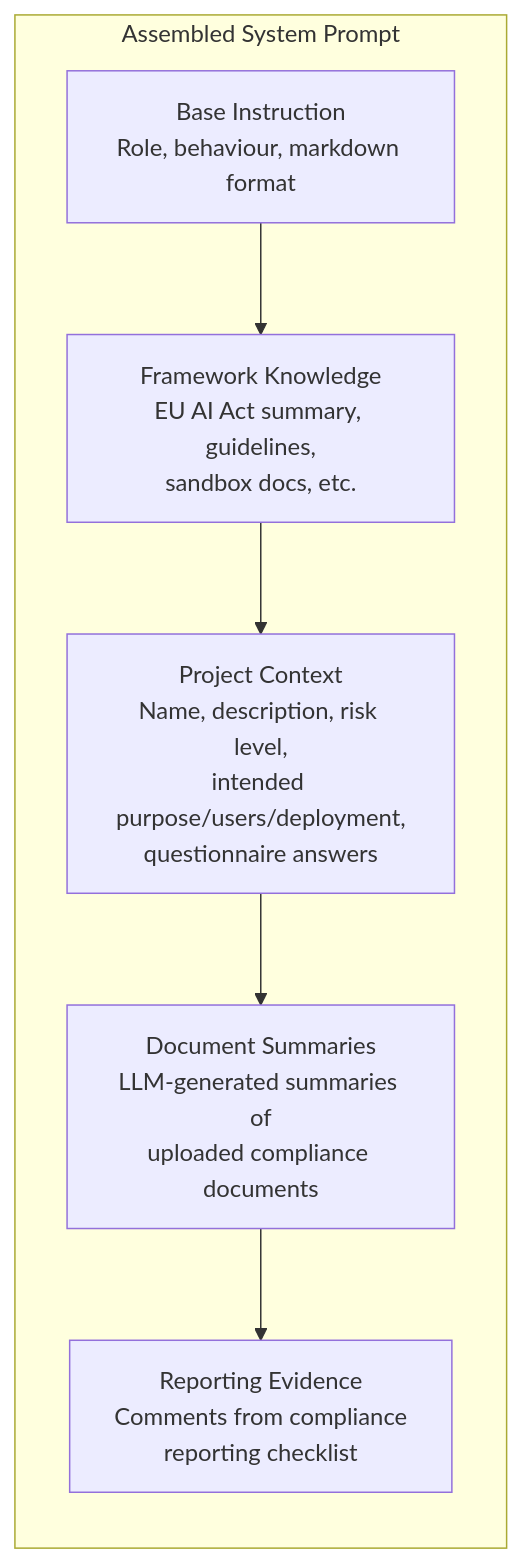
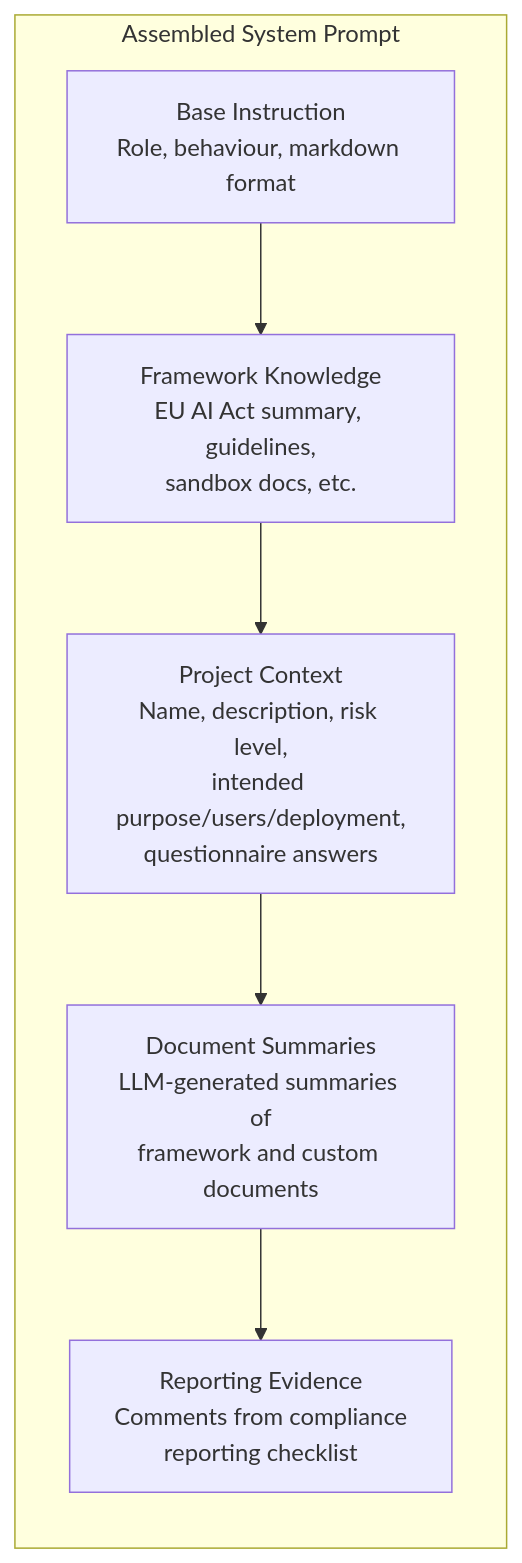
Before and after one commit to airbus/norma: the second of 3 diagrams in docs/chat-agent.md, drawn with Mermaid. The commit also changed other lines of this file and 22 other files, not shown here.

First line of the commit message:
Add custom documents, reporting suggestions, and UI improvements

````diff
--- a/docs/chat-agent.md
+++ b/docs/chat-agent.md
@@ -61,15 +63,15 @@
 ```mermaid
 flowchart LR
     subgraph Assembled System Prompt
         direction TB
         BASE[Base Instruction<br/>Role, behaviour, markdown format]
         BASE --> FW_SECTION
         FW_SECTION[Framework Knowledge<br/>EU AI Act summary, guidelines,<br/>sandbox docs, etc.]
         FW_SECTION --> PROJ_SECTION
         PROJ_SECTION[Project Context<br/>Name, description, risk level,<br/>intended purpose/users/deployment,<br/>questionnaire answers]
         PROJ_SECTION --> DOC_SECTION
-        DOC_SECTION[Document Summaries<br/>LLM-generated summaries of<br/>uploaded compliance documents]
+        DOC_SECTION[Document Summaries<br/>LLM-generated summaries of<br/>framework and custom documents]
         DOC_SECTION --> RPT_SECTION
         RPT_SECTION[Reporting Evidence<br/>Comments from compliance<br/>reporting checklist]
     end
 ```
````
